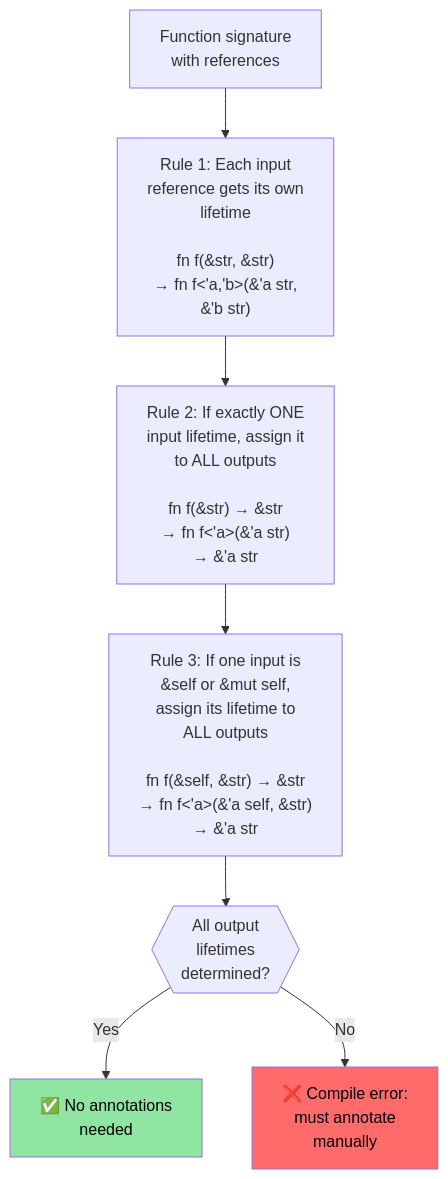
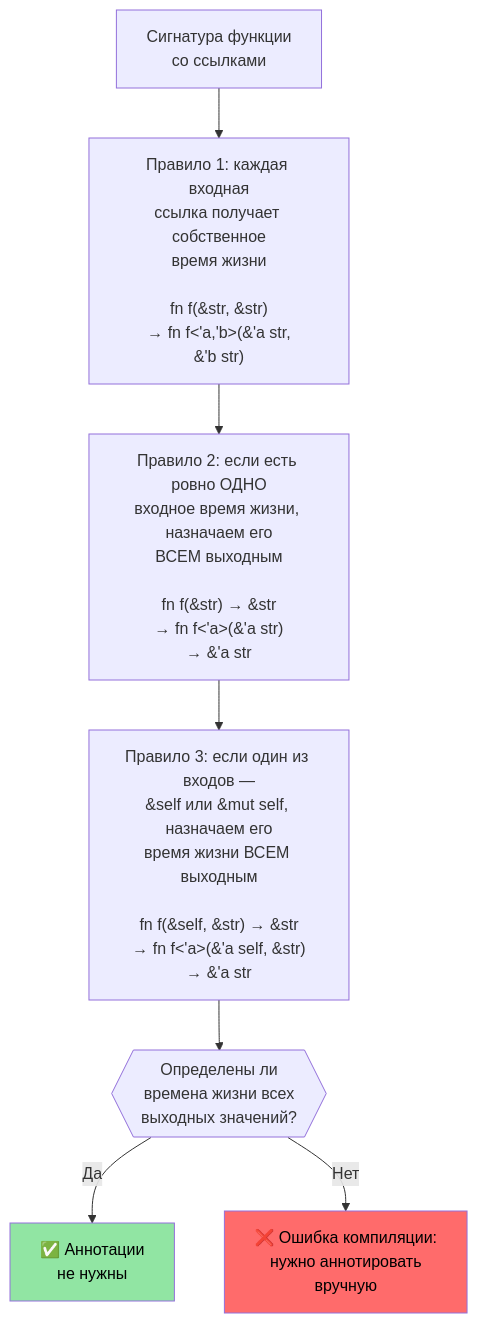
One commit to r007/RustTraining-Rus changed the diagram in c-cpp-book/src/ch07-1-lifetimes-and-borrowing-deep-dive.md. Above: the diagram before and after it, drawn with Mermaid. The commit also changed other lines of this file and 21 other files, not shown here.

````diff
--- a/c-cpp-book/src/ch07-1-lifetimes-and-borrowing-deep-dive.md
+++ b/c-cpp-book/src/ch07-1-lifetimes-and-borrowing-deep-dive.md
@@ -182,15 +179,15 @@
 ```mermaid
 flowchart TD
-    A["Function signature<br/>with references"] --> R1
-    R1["Rule 1: Each input<br/>reference gets its own<br/>lifetime<br/><br/>fn f(&amp;str, &amp;str)<br/>→ fn f&lt;'a,'b&gt;(&amp;'a str,<br/>&amp;'b str)"]
+    A["Сигнатура функции<br/>со ссылками"] --> R1
+    R1["Правило 1: каждая входная<br/>ссылка получает собственное<br/>время жизни<br/><br/>fn f(&amp;str, &amp;str)<br/>→ fn f&lt;'a,'b&gt;(&amp;'a str,<br/>&amp;'b str)"]
     R1 --> R2
-    R2["Rule 2: If exactly ONE<br/>input lifetime, assign it<br/>to ALL outputs<br/><br/>fn f(&amp;str) → &amp;str<br/>→ fn f&lt;'a&gt;(&amp;'a str)<br/>→ &amp;'a str"]
+    R2["Правило 2: если есть ровно ОДНО<br/>входное время жизни, назначаем его<br/>ВСЕМ выходным<br/><br/>fn f(&amp;str) → &amp;str<br/>→ fn f&lt;'a&gt;(&amp;'a str)<br/>→ &amp;'a str"]
     R2 --> R3
-    R3["Rule 3: If one input is<br/>&amp;self or &amp;mut self,<br/>assign its lifetime to<br/>ALL outputs<br/><br/>fn f(&amp;self, &amp;str) → &amp;str<br/>→ fn f&lt;'a&gt;(&amp;'a self, &amp;str)<br/>→ &amp;'a str"]
-    R3 --> CHECK{{"All output<br/>lifetimes<br/>determined?"}}
-    CHECK -->|Yes| OK["✅ No annotations<br/>needed"]
-    CHECK -->|No| ERR["❌ Compile error:<br/>must annotate<br/>manually"]
+    R3["Правило 3: если один из входов —<br/>&amp;self или &amp;mut self, назначаем его<br/>время жизни ВСЕМ выходным<br/><br/>fn f(&amp;self, &amp;str) → &amp;str<br/>→ fn f&lt;'a&gt;(&amp;'a self, &amp;str)<br/>→ &amp;'a str"]
+    R3 --> CHECK{{"Определены ли<br/>времена жизни всех<br/>выходных значений?"}}
+    CHECK -->|Да| OK["✅ Аннотации<br/>не нужны"]
+    CHECK -->|Нет| ERR["❌ Ошибка компиляции:<br/>нужно аннотировать<br/>вручную"]
     
     style OK fill:#91e5a3,color:#000
     style ERR fill:#ff6b6b,color:#000
 ```
````
